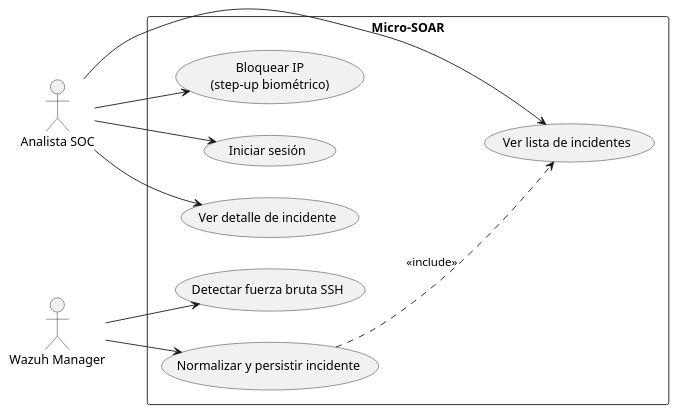
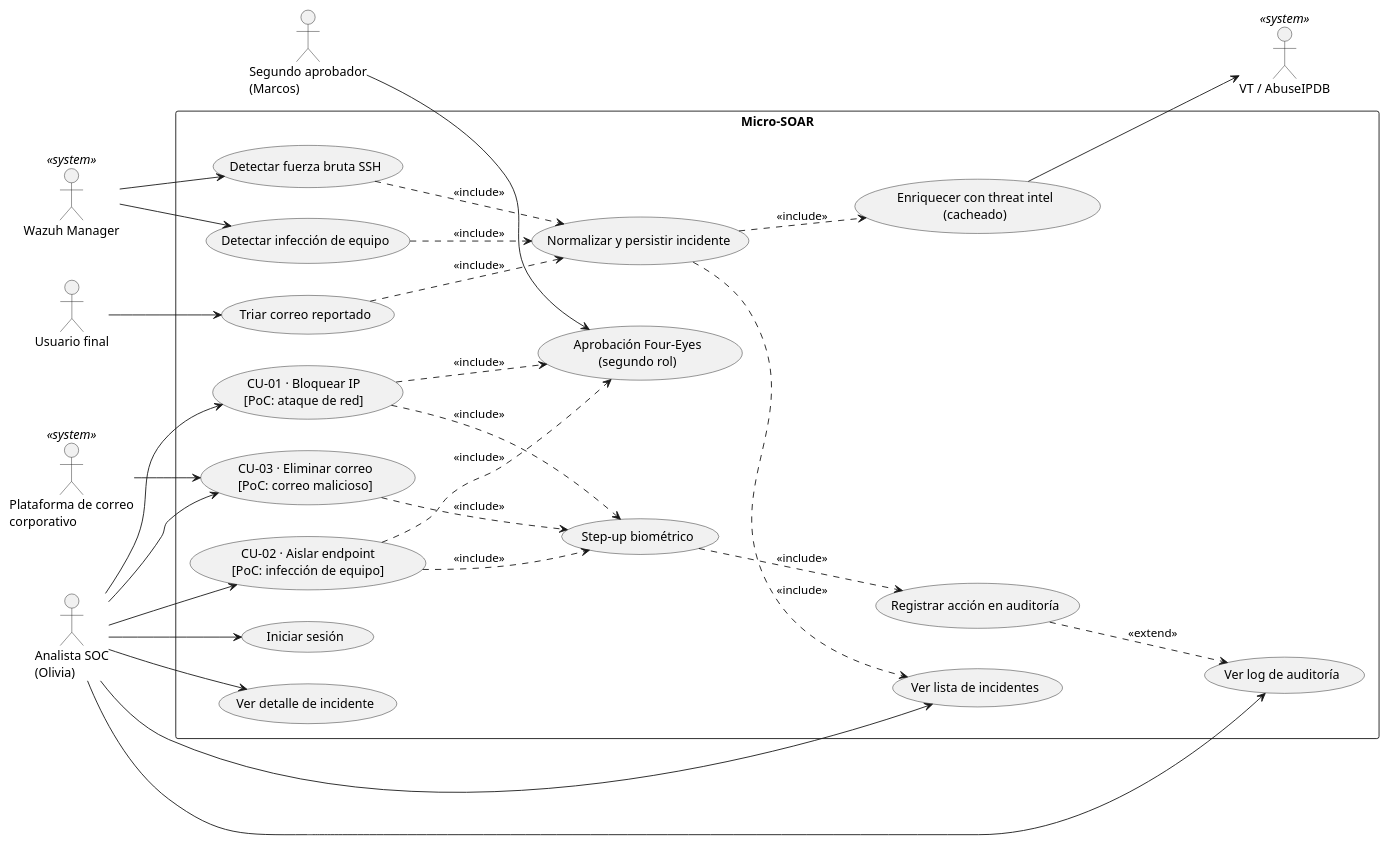
The fifth of 8 diagrams in DIAGRAMAS.md (loladiaz1/PFI_Ciberseguridad), drawn with PlantUML before and after one commit. The commit also changed other lines of this file and 14 other files, not shown here.

````diff
--- a/DIAGRAMAS.md
+++ b/DIAGRAMAS.md
@@ -131,24 +296,59 @@
 ```plantuml
 @startuml
 left to right direction
-actor "Analista SOC" as Analyst
-actor "Wazuh Manager" as Wazuh
+actor "Analista SOC\n(Olivia)" as Analyst
+actor "Segundo aprobador\n(Marcos)" as Approver
+actor "Wazuh Manager" as Wazuh <<system>>
+actor "Usuario final" as Reporter
+actor "VT / AbuseIPDB" as ThreatIntel <<system>>
+actor "Plataforma de correo\ncorporativo" as MailPlatform <<system>>
 
 rectangle "Micro-SOAR" {
   usecase "Iniciar sesión" as UC1
   usecase "Ver lista de incidentes" as UC2
   usecase "Ver detalle de incidente" as UC3
-  usecase "Bloquear IP\n(step-up biométrico)" as UC4
-  usecase "Detectar fuerza bruta SSH" as UC5
-  usecase "Normalizar y persistir incidente" as UC6
+  usecase "Normalizar y persistir incidente" as UC_Norm
+  usecase "Step-up biométrico" as UC_StepUp
+  usecase "Aprobación Four-Eyes\n(segundo rol)" as UC_FourEyes
+  usecase "Registrar acción en auditoría" as UC_Audit
+  usecase "Ver log de auditoría" as UC_ViewAudit
+  usecase "Enriquecer con threat intel\n(cacheado)" as UC_Enrich
+
+  usecase "Detectar fuerza bruta SSH" as UC_DetSSH
+  usecase "CU-01 · Bloquear IP\n[PoC: ataque de red]" as CU1
+  usecase "Detectar infección de equipo" as UC_DetInfect
+  usecase "CU-02 · Aislar endpoint\n[PoC: infección de equipo]" as CU2
+  usecase "Triar correo reportado" as UC_DetPhish
+  usecase "CU-03 · Eliminar correo\n[PoC: correo malicioso]" as CU3
 }
 
 Analyst --> UC1
 Analyst --> UC2
 Analyst --> UC3
-Analyst --> UC4
-Wazuh --> UC5
-Wazuh --> UC6
-UC6 ..> UC2 : <<include>>
+Analyst --> CU1
+Analyst --> CU2
+Analyst --> CU3
+Analyst --> UC_ViewAudit
+Approver --> UC_FourEyes
+
+Wazuh --> UC_DetSSH
+Wazuh --> UC_DetInfect
+Reporter --> UC_DetPhish
+MailPlatform --> CU3
+
+UC_DetSSH ..> UC_Norm : <<include>>
+UC_DetInfect ..> UC_Norm : <<include>>
+UC_DetPhish ..> UC_Norm : <<include>>
+UC_Norm ..> UC2 : <<include>>
+UC_Norm ..> UC_Enrich : <<include>>
+UC_Enrich --> ThreatIntel
+
+CU1 ..> UC_StepUp : <<include>>
+CU2 ..> UC_StepUp : <<include>>
+CU3 ..> UC_StepUp : <<include>>
+CU1 ..> UC_FourEyes : <<include>>
+CU2 ..> UC_FourEyes : <<include>>
+UC_StepUp ..> UC_Audit : <<include>>
+UC_Audit ..> UC_ViewAudit : <<extend>>
 @enduml
 ```
````
